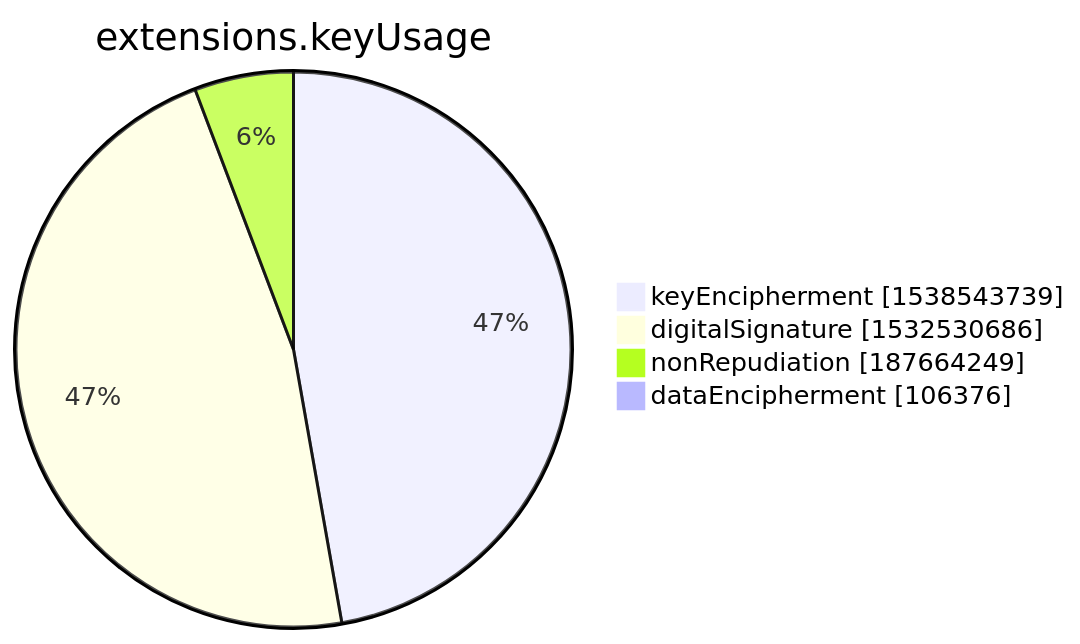
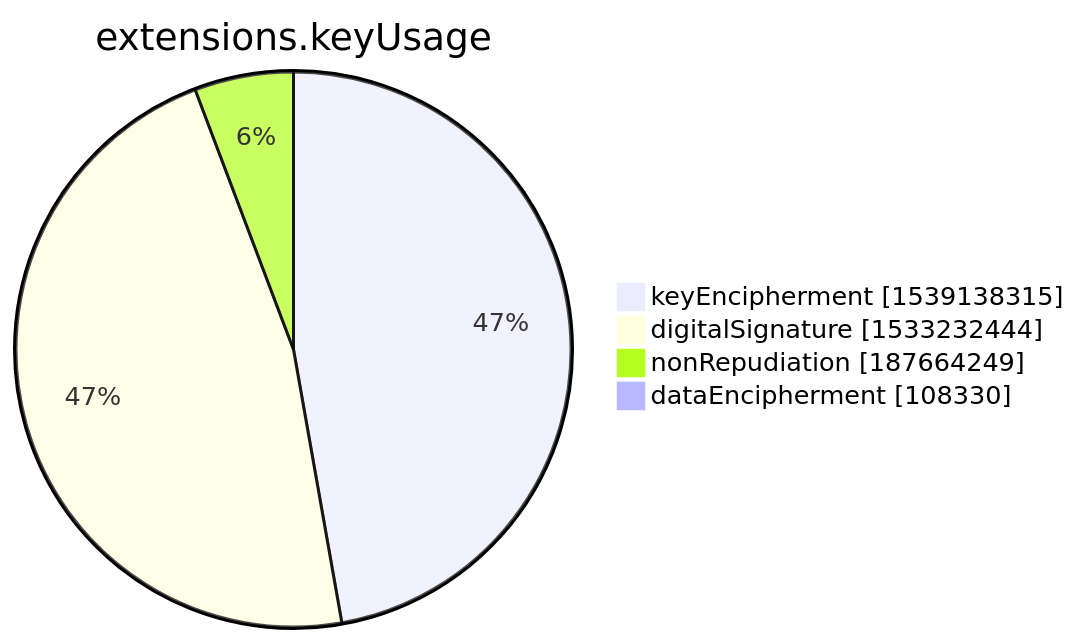
One commit to christiankrug/ctmonitor_visualization changed the seventh of 15 diagrams in xenon2022/README.md. Above: the diagram before and after it, drawn with Mermaid. The commit also changed other lines of this file, not shown here.

````diff
--- a/xenon2022/README.md
+++ b/xenon2022/README.md
@@ -2849,8 +2849,8 @@
 ```mermaid
 pie showData
 title extensions.keyUsage
-"keyEncipherment" :1538543739
-"digitalSignature" :1532530686
+"keyEncipherment" :1539138315
+"digitalSignature" :1533232444
 "nonRepudiation" :187664249
-"dataEncipherment" :106376
+"dataEncipherment" :108330
 ```
````
